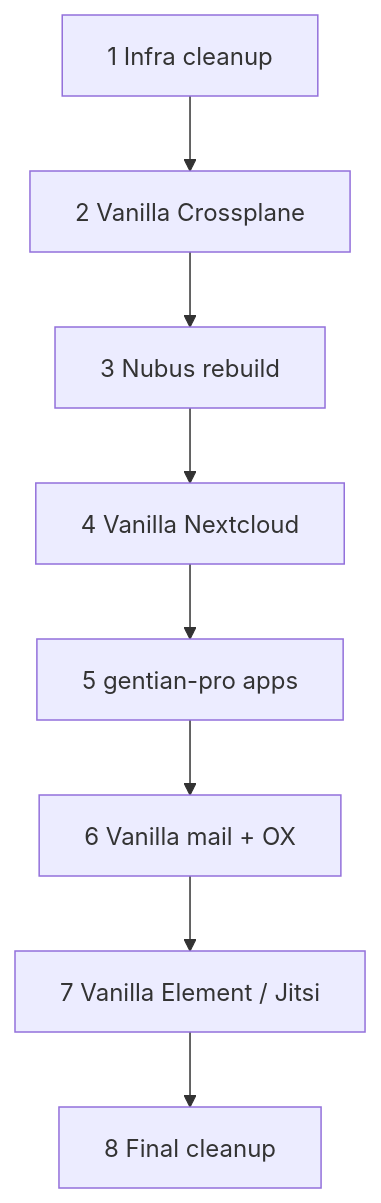
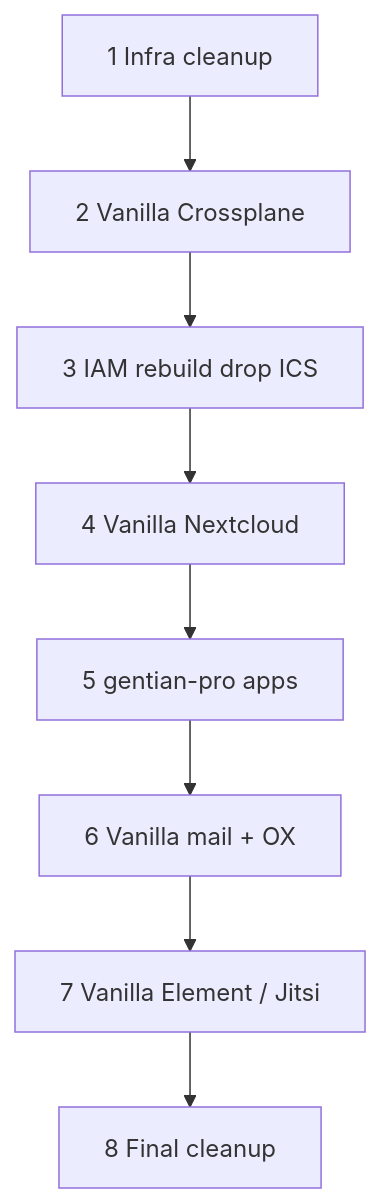
The second of 2 diagrams in docs/upstream-cleanup.md (gentian-org/gentian-os), drawn with Mermaid before and after one commit. The commit also changed other lines of this file and 29 other files, not shown here.

````diff
--- a/docs/upstream-cleanup.md
+++ b/docs/upstream-cleanup.md
@@ -278,13 +311,13 @@
 ```mermaid
 flowchart TD
   S1[1 Infra cleanup]
   S2[2 Vanilla Crossplane]
-  S3[3 Nubus rebuild]
+  S3[3 IAM rebuild drop ICS]
   S4[4 Vanilla Nextcloud]
   S5[5 gentian-pro apps]
   S6[6 Vanilla mail + OX]
   S7[7 Vanilla Element / Jitsi]
   S8[8 Final cleanup]
 
   S1 --> S2 --> S3 --> S4 --> S5 --> S6 --> S7 --> S8
 ```
````
